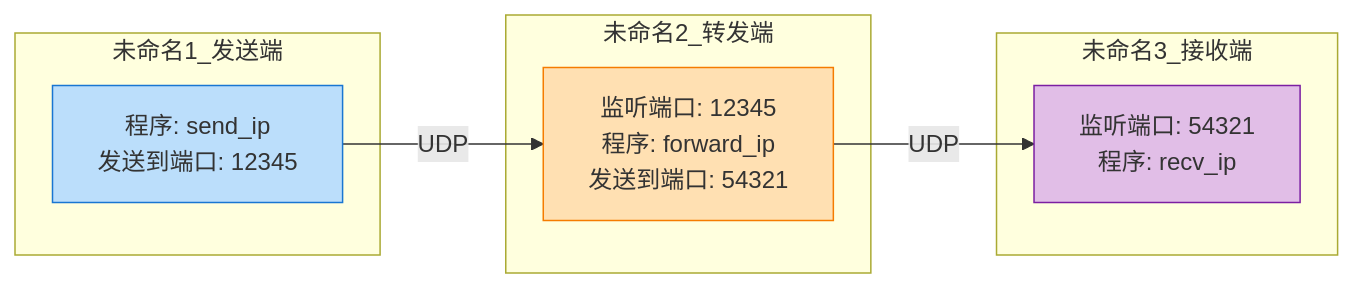
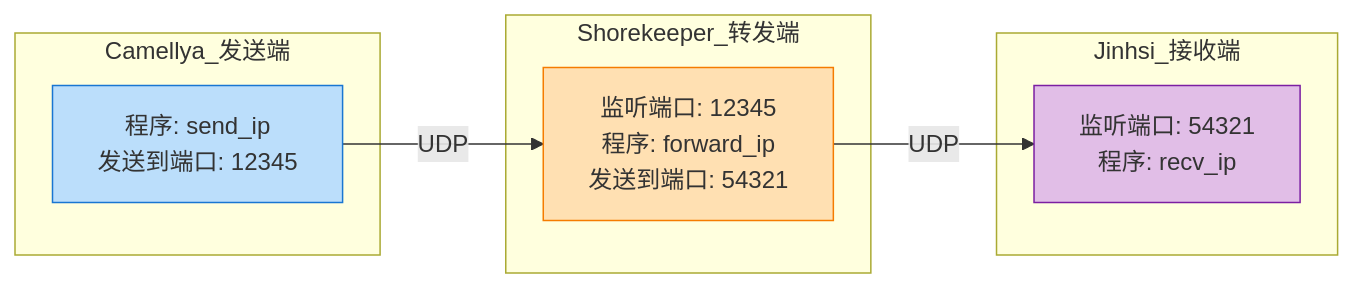
One commit to ponder-j/HIT-Computer_Networks-Labs changed the fourth of 13 diagrams in Lab4/network_topology.md. Above: the diagram before and after it, drawn with Mermaid. The commit also changed other lines of this file and 2 other files, not shown here.

````diff
--- a/Lab4/network_topology.md
+++ b/Lab4/network_topology.md
@@ -77,21 +77,21 @@
 ```mermaid
 graph LR
-    subgraph 未命名1_发送端
+    subgraph Camellya_发送端
         P1[程序: send_ip<br/>发送到端口: 12345]
     end
 
-    subgraph 未命名2_转发端
+    subgraph Shorekeeper_转发端
         P2[监听端口: 12345<br/>程序: forward_ip<br/>发送到端口: 54321]
     end
 
-    subgraph 未命名3_接收端
+    subgraph Jinhsi_接收端
         P3[监听端口: 54321<br/>程序: recv_ip]
     end
 
     P1 -->|UDP| P2
     P2 -->|UDP| P3
 
     style P1 fill:#bbdefb,stroke:#1976d2
     style P2 fill:#ffe0b2,stroke:#f57c00
     style P3 fill:#e1bee7,stroke:#7b1fa2
 ```
````
